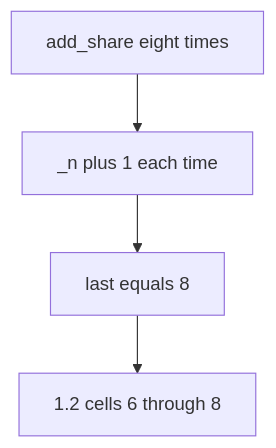
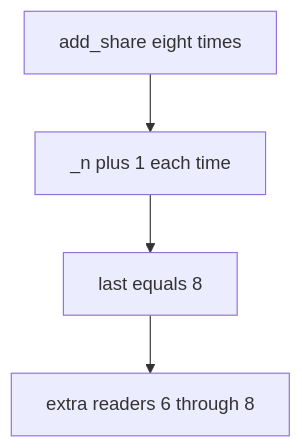
Before and after one commit to ishitvagoel/LearnSecurity: the diagram in content/modules/3/3.4/lessons/03-break.md, drawn with Mermaid. The commit also changed other lines of this file and 31 other files, not shown here.

````diff
--- a/content/modules/3/3.4/lessons/03-break.md
+++ b/content/modules/3/3.4/lessons/03-break.md
@@ -17,6 +26,6 @@
 ```mermaid
 flowchart TD
   Loop["add_share eight times"] --> Inc["_n plus 1 each time"]
   Inc --> Last["last equals 8"]
-  Last --> Extra["1.2 cells 6 through 8"]
+  Last --> Extra["extra readers 6 through 8"]
 ```
````
